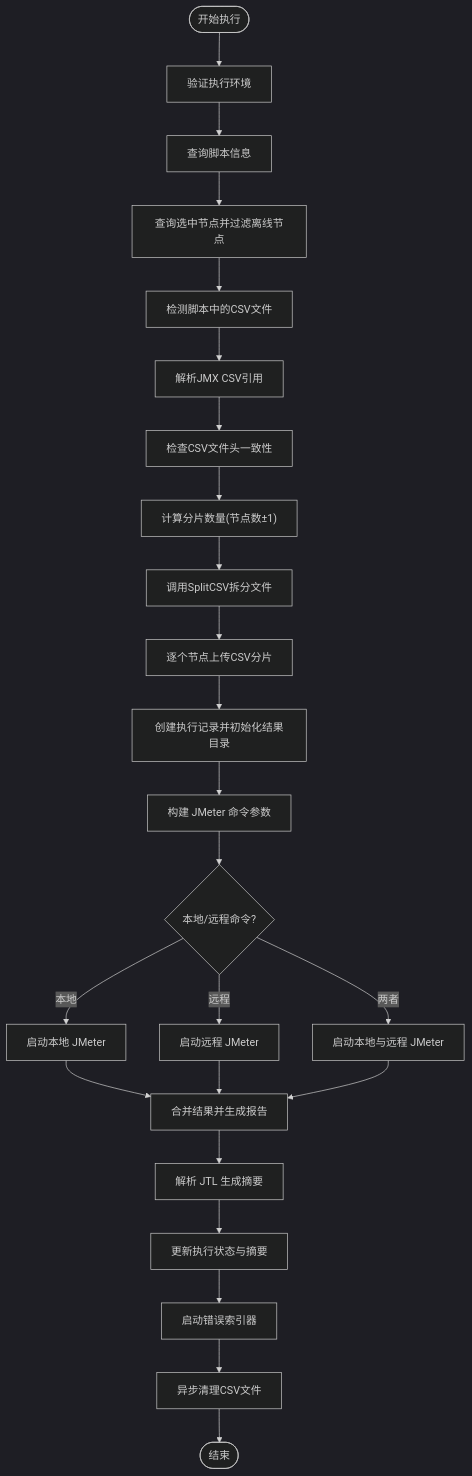
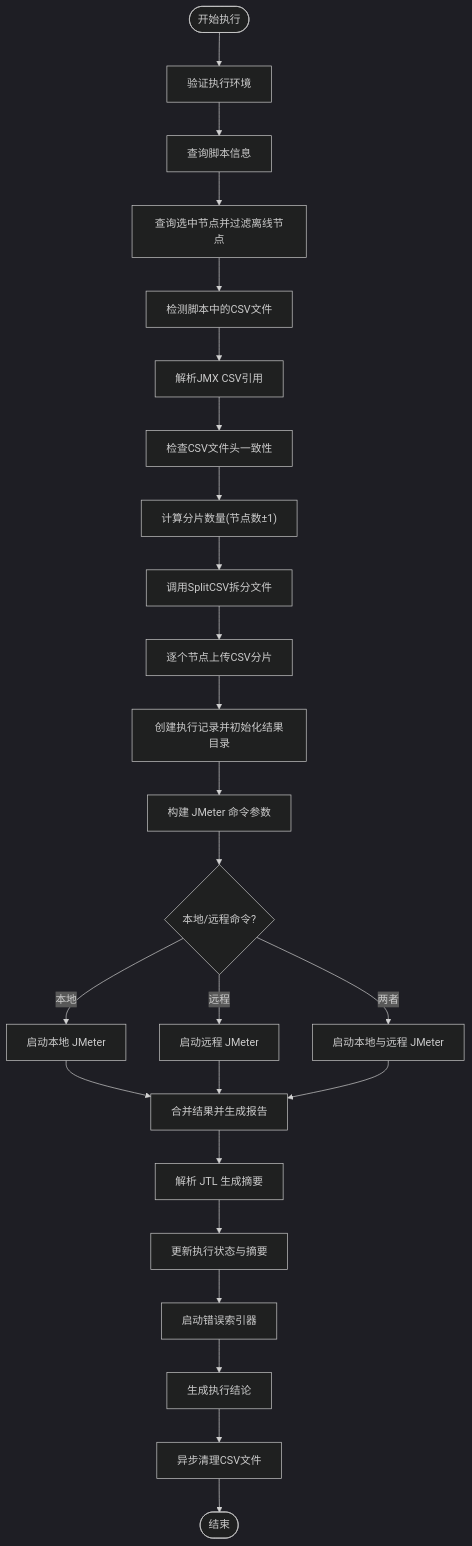
The ninth of 16 diagrams in .qoder/repowiki/zh/content/核心业务模块/执行管理系统/执行管理系统.md (Liyuhao02/Jmeter-Admin), drawn with Mermaid (dark theme) before and after one commit. The commit also changed other lines of this file and 13 other files, not shown here.

````diff
--- a/.qoder/repowiki/zh/content/核心业务模块/执行管理系统/执行管理系统.md
+++ b/.qoder/repowiki/zh/content/核心业务模块/执行管理系统/执行管理系统.md
@@ -334,26 +464,27 @@
 ```mermaid
 flowchart TD
 Start(["开始执行"]) --> ValidateEnv["验证执行环境"]
 ValidateEnv --> QueryScript["查询脚本信息"]
 QueryScript --> QuerySlaves["查询选中节点并过滤离线节点"]
 QuerySlaves --> DetectCSV["检测脚本中的CSV文件"]
 DetectCSV --> ExtractCSVRefs["解析JMX CSV引用"]
 ExtractCSVRefs --> CheckHeaderConsistency["检查CSV文件头一致性"]
 CheckHeaderConsistency --> CalcPartCount["计算分片数量(节点数±1)"]
 CalcPartCount --> SplitCSV["调用SplitCSV拆分文件"]
 SplitCSV --> UploadToAgents["逐个节点上传CSV分片"]
 UploadToAgents --> CreateExec["创建执行记录并初始化结果目录"]
 CreateExec --> BuildArgs["构建 JMeter 命令参数"]
 BuildArgs --> RunCmd{"本地/远程命令?"}
 RunCmd --> |本地| LocalCmd["启动本地 JMeter"]
 RunCmd --> |远程| RemoteCmd["启动远程 JMeter"]
 RunCmd --> |两者| BothCmd["启动本地与远程 JMeter"]
 LocalCmd --> Merge["合并结果并生成报告"]
 RemoteCmd --> Merge
 BothCmd --> Merge
 Merge --> Parse["解析 JTL 生成摘要"]
 Parse --> UpdateStatus["更新执行状态与摘要"]
 UpdateStatus --> StartErrorIndexer["启动错误索引器"]
-StartErrorIndexer --> Cleanup["异步清理CSV文件"]
+StartErrorIndexer --> GenerateConclusion["生成执行结论"]
+GenerateConclusion --> Cleanup["异步清理CSV文件"]
 Cleanup --> End(["结束"])
 ```
````
